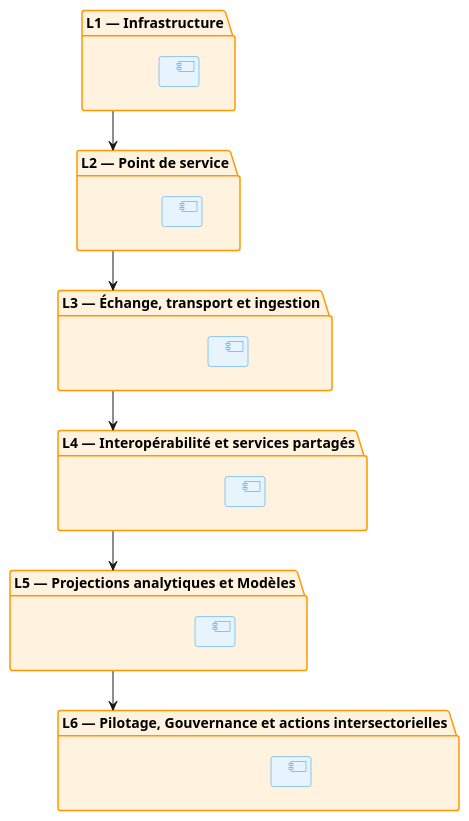
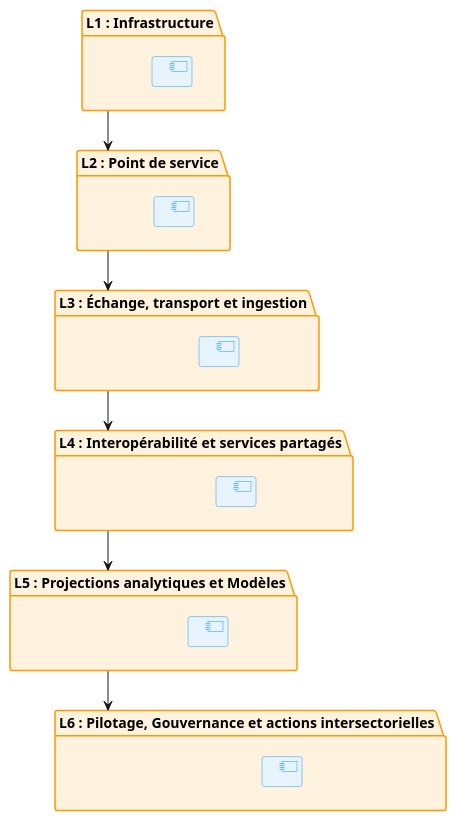
Before and after one commit to Data-Fi-Madagascar/health-enterprise-architecture: the diagram in 00_caesn/05_application/layers.md, drawn with PlantUML. The commit also changed other lines of this file and 183 other files, not shown here.

````diff
--- a/00_caesn/05_application/layers.md
+++ b/00_caesn/05_application/layers.md
@@ -30,44 +30,44 @@
 ```plantuml
 @startuml
 skinparam component {
   BackgroundColor #E8F4FD
   BorderColor #2196F3
 }
 skinparam package {
   BackgroundColor #FFF3E0
   BorderColor #FF9800
 }
 
-package "L6 — Pilotage, Gouvernance et actions intersectorielles" as L6 {
+package "L6 : Pilotage, Gouvernance et actions intersectorielles" as L6 {
   component " " as L6_DESC
 }
 
-package "L5 — Projections analytiques et Modèles" as L5 {
+package "L5 : Projections analytiques et Modèles" as L5 {
   component " " as L5_DESC
 }
 
-package "L4 — Interopérabilité et services partagés" as L4 {
+package "L4 : Interopérabilité et services partagés" as L4 {
   component " " as L4_DESC
 }
 
-package "L3 — Échange, transport et ingestion" as L3 {
+package "L3 : Échange, transport et ingestion" as L3 {
   component " " as L3_DESC
 }
 
-package "L2 — Point de service" as L2 {
+package "L2 : Point de service" as L2 {
   component " " as L2_DESC
 }
 
-package "L1 — Infrastructure" as L1 {
+package "L1 : Infrastructure" as L1 {
   component " " as L1_DESC
 }
 
 ' === Relations ===
 L1 --> L2
 L2 --> L3
 L3 --> L4
 L4 --> L5
 L5 --> L6
 
 @enduml
 ```
````
